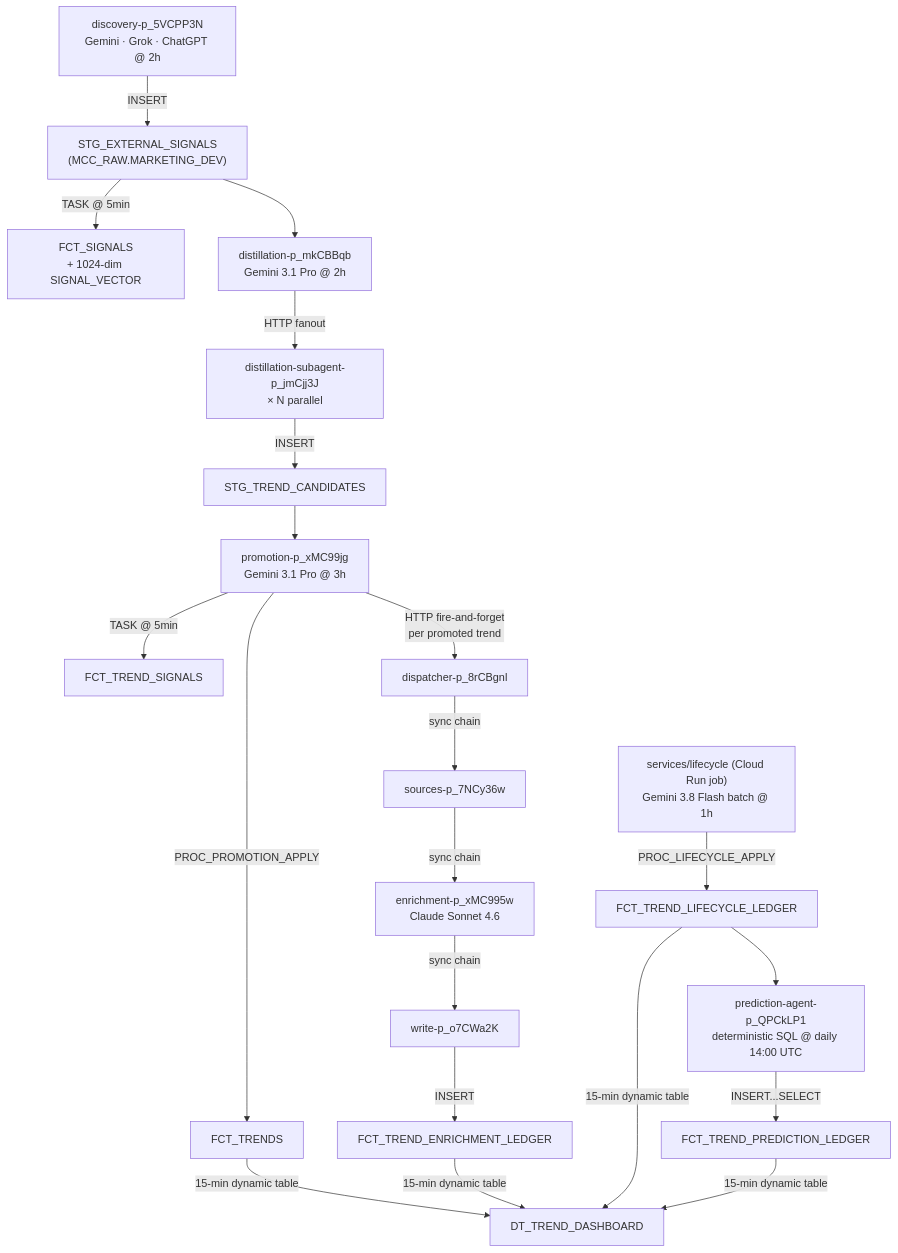
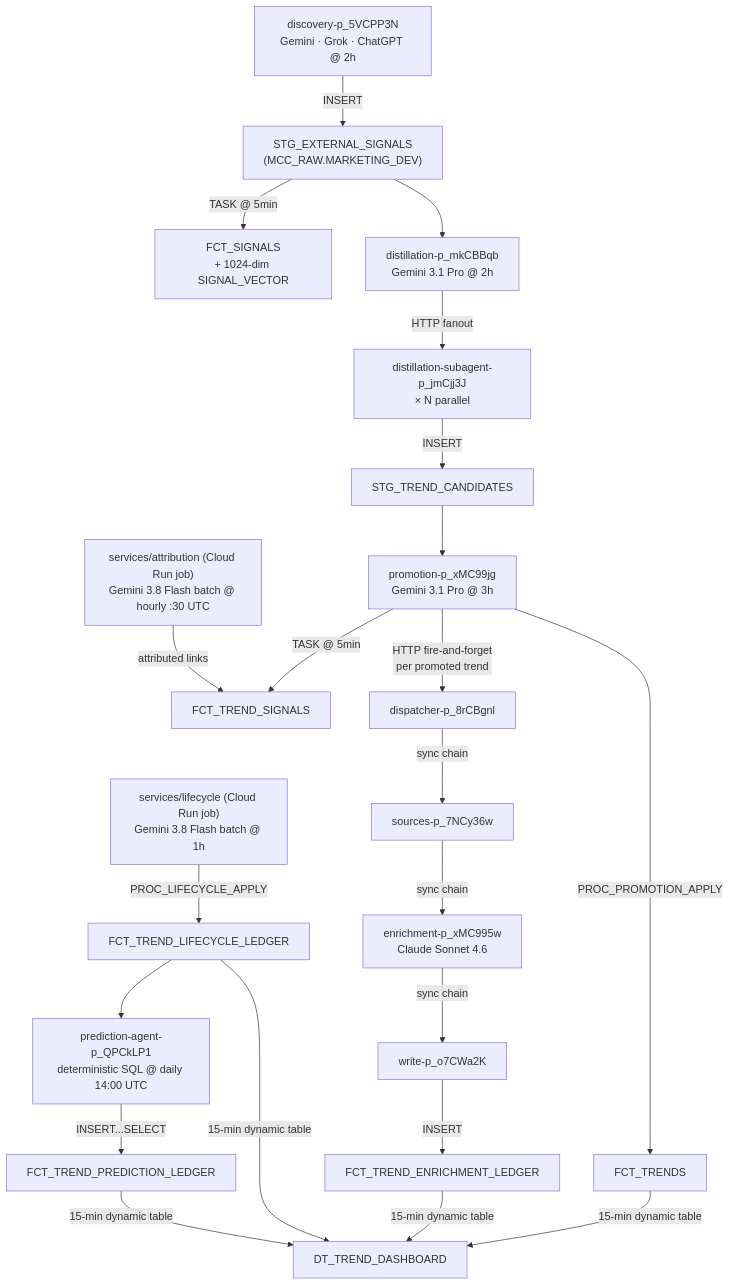
One commit to mjmena/Trend-Tree changed the diagram in docs/architecture.md. Above: the diagram before and after it, drawn with Mermaid. The commit also changed other lines of this file and 18 other files, not shown here.

Commit message:
CRMA-1740: retire Pipedream attribution after Flash cutover

````diff
--- a/docs/architecture.md
+++ b/docs/architecture.md
@@ -25,20 +25,21 @@
 ```mermaid
 flowchart TD
     A["discovery-p_5VCPP3N\nGemini · Grok · ChatGPT @ 2h"] -->|INSERT| B["STG_EXTERNAL_SIGNALS\n(MCC_RAW.MARKETING_DEV)"]
     B -->|"TASK @ 5min"| C["FCT_SIGNALS\n+ 1024-dim SIGNAL_VECTOR"]
     B --> D["distillation-p_mkCBBqb\nGemini 3.1 Pro @ 2h"]
     D -->|"HTTP fanout"| D2["distillation-subagent-p_jmCjj3J\n× N parallel"]
     D2 -->|INSERT| E["STG_TREND_CANDIDATES"]
     E --> F["promotion-p_xMC99jg\nGemini 3.1 Pro @ 3h"]
     F -->|"PROC_PROMOTION_APPLY"| G["FCT_TRENDS"]
     F -->|"TASK @ 5min"| G2["FCT_TREND_SIGNALS"]
     F -->|"HTTP fire-and-forget\nper promoted trend"| H["dispatcher-p_8rCBgnl"]
     H -->|sync chain| H1["sources-p_7NCy36w"]
     H1 -->|sync chain| H2["enrichment-p_xMC995w\nClaude Sonnet 4.6"]
     H2 -->|sync chain| H3["write-p_o7CWa2K"]
     H3 -->|INSERT| I["FCT_TREND_ENRICHMENT_LEDGER"]
     J["services/lifecycle (Cloud Run job)\nGemini 3.8 Flash batch @ 1h"] -->|"PROC_LIFECYCLE_APPLY"| K["FCT_TREND_LIFECYCLE_LEDGER"]
+    A2["services/attribution (Cloud Run job)\nGemini 3.8 Flash batch @ hourly :30 UTC"] -->|"attributed links"| G2
     P["prediction-agent-p_QPCkLP1\ndeterministic SQL @ daily 14:00 UTC"] -->|"INSERT...SELECT"| P2["FCT_TREND_PREDICTION_LEDGER"]
     K --> P
     G & I & K & P2 -->|"15-min dynamic table"| L["DT_TREND_DASHBOARD"]
 ```
````
